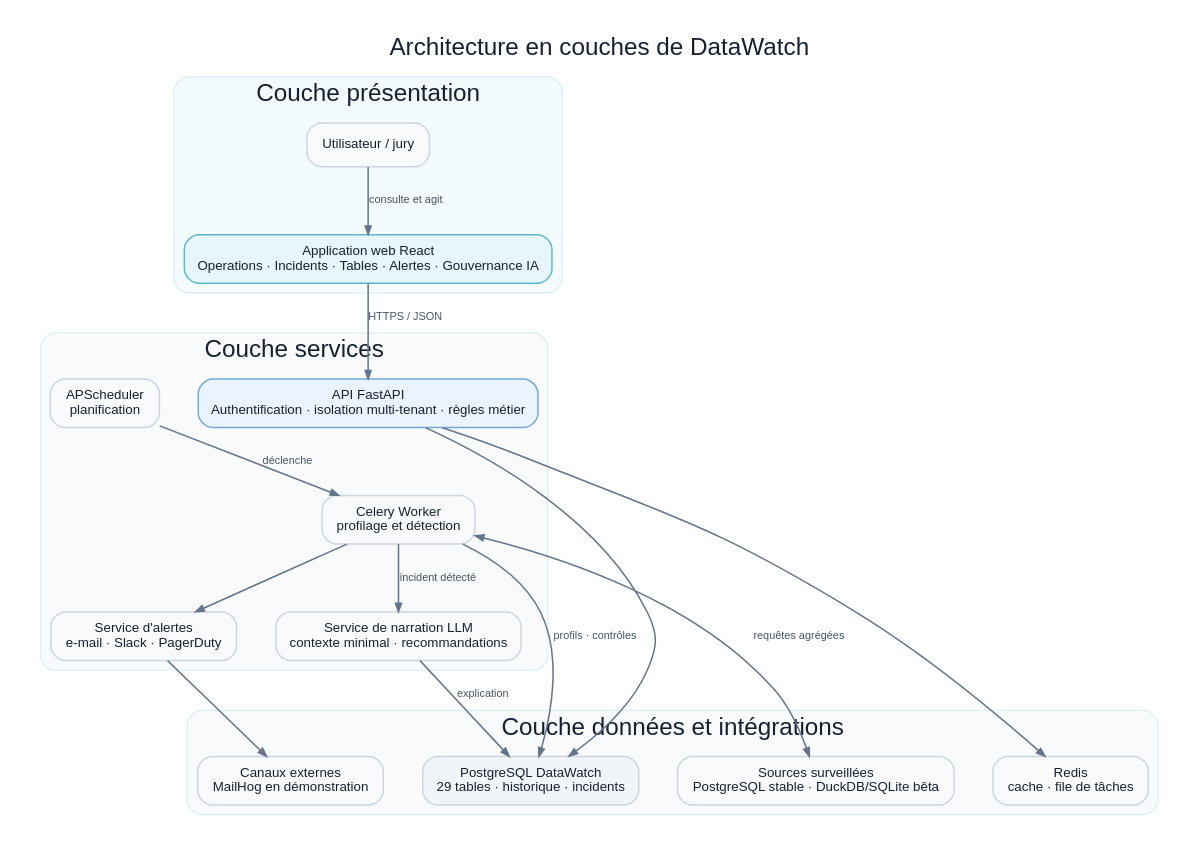
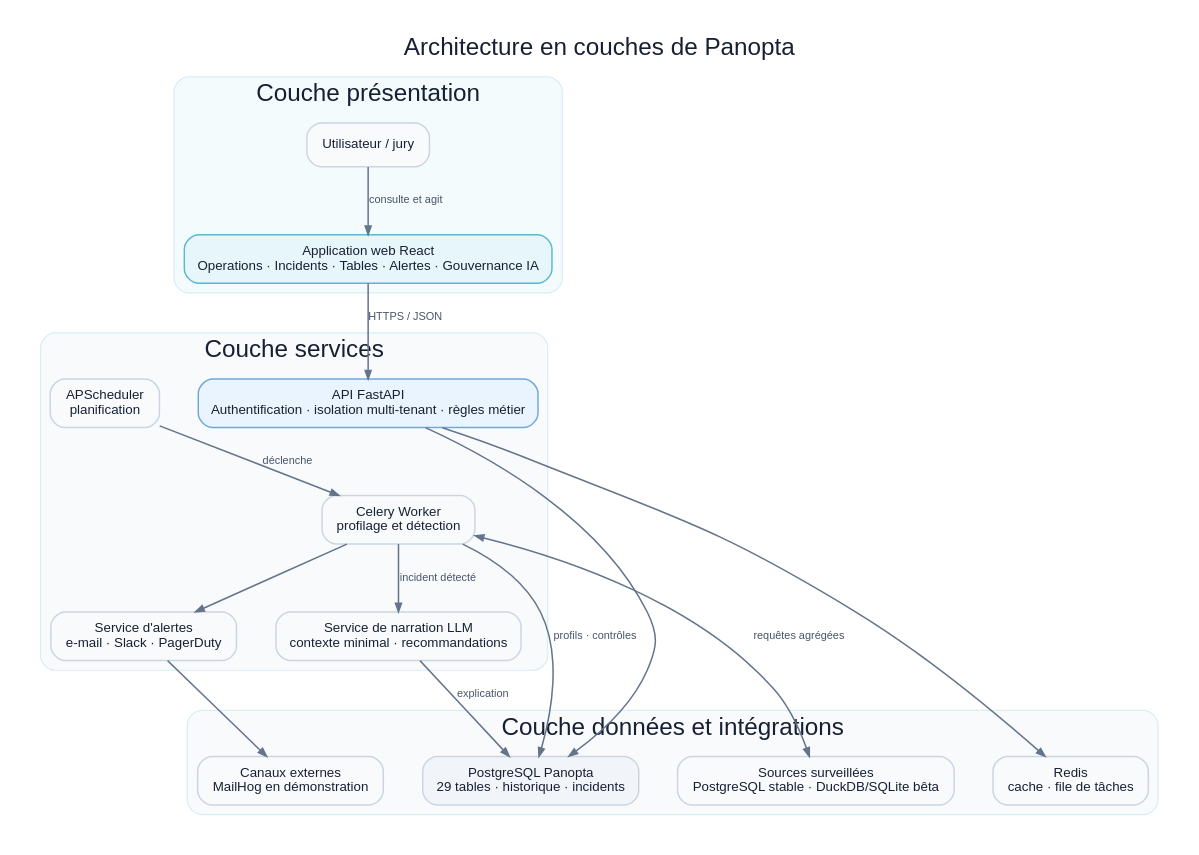
Before and after one commit to ryvga/DataWatch: the diagram in docs/diagrams/pfe/architecture.dot, drawn with Graphviz. The commit also changed 28 other files, not shown here.

```diff
--- a/docs/diagrams/pfe/architecture.dot
+++ b/docs/diagrams/pfe/architecture.dot
@@ -1,32 +1,32 @@
 digraph Architecture {
-  graph [rankdir=TB, bgcolor="white", pad="0.25", nodesep="0.45", ranksep="0.62", fontname="Arial", labelloc="t", label="Architecture en couches de DataWatch", fontsize=20, fontcolor="#172033"];
+  graph [rankdir=TB, bgcolor="white", pad="0.25", nodesep="0.45", ranksep="0.62", fontname="Arial", labelloc="t", label="Architecture en couches de Panopta", fontsize=20, fontcolor="#172033"];
   node [shape=box, style="rounded,filled", fontname="Arial", fontsize=11, color="#CBD5E1", penwidth=1.2, fillcolor="#F8FAFC", fontcolor="#172033", margin="0.18,0.11"];
   edge [color="#64748B", penwidth=1.25, arrowsize=0.7, fontname="Arial", fontsize=9, fontcolor="#475569"];
 
   subgraph cluster_ui { label="Couche présentation"; color="#D7EEF5"; style="rounded,filled"; fillcolor="#F4FBFD";
     jury [label="Utilisateur / jury"];
     react [label="Application web React\nOperations · Incidents · Tables · Alertes · Gouvernance IA", fillcolor="#E6F6FA", color="#5BB8CE"];
   }
   subgraph cluster_api { label="Couche services"; color="#D7EEF5"; style="rounded,filled"; fillcolor="#F8FAFC";
     api [label="API FastAPI\nAuthentification · isolation multi-tenant · règles métier", fillcolor="#EAF4FF", color="#73A7D7"];
     scheduler [label="APScheduler\nplanification"];
     worker [label="Celery Worker\nprofilage et détection"];
     narration [label="Service de narration LLM\ncontexte minimal · recommandations"];
     alerts [label="Service d'alertes\ne-mail · Slack · PagerDuty"];
   }
   subgraph cluster_data { label="Couche données et intégrations"; color="#D7EEF5"; style="rounded,filled"; fillcolor="#F8FAFC";
-    pg [label="PostgreSQL DataWatch\n29 tables · historique · incidents", fillcolor="#F1F5F9"];
+    pg [label="PostgreSQL Panopta\n29 tables · historique · incidents", fillcolor="#F1F5F9"];
     redis [label="Redis\ncache · file de tâches"];
     sources [label="Sources surveillées\nPostgreSQL stable · DuckDB/SQLite bêta"];
     mail [label="Canaux externes\nMailHog en démonstration"];
   }
   jury -> react [label="consulte et agit"];
   react -> api [label="HTTPS / JSON"];
   api -> pg; api -> redis;
   scheduler -> worker [label="déclenche"];
   worker -> sources [label="requêtes agrégées", dir=both];
   worker -> pg [label="profils · contrôles"];
   worker -> narration [label="incident détecté"];
   narration -> pg [label="explication"];
   worker -> alerts; alerts -> mail;
 }
```
